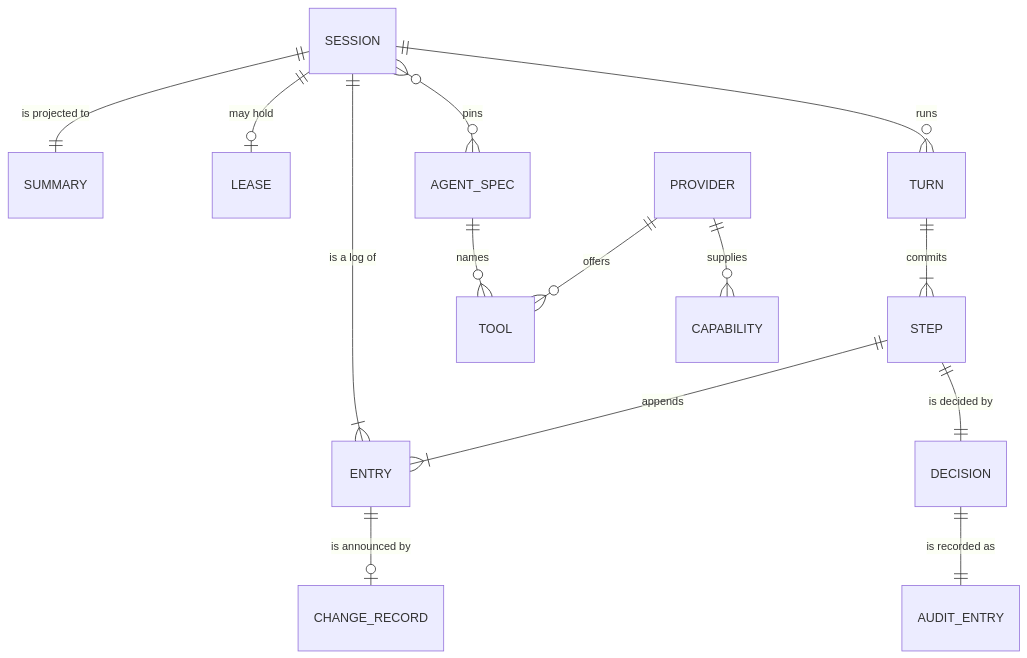
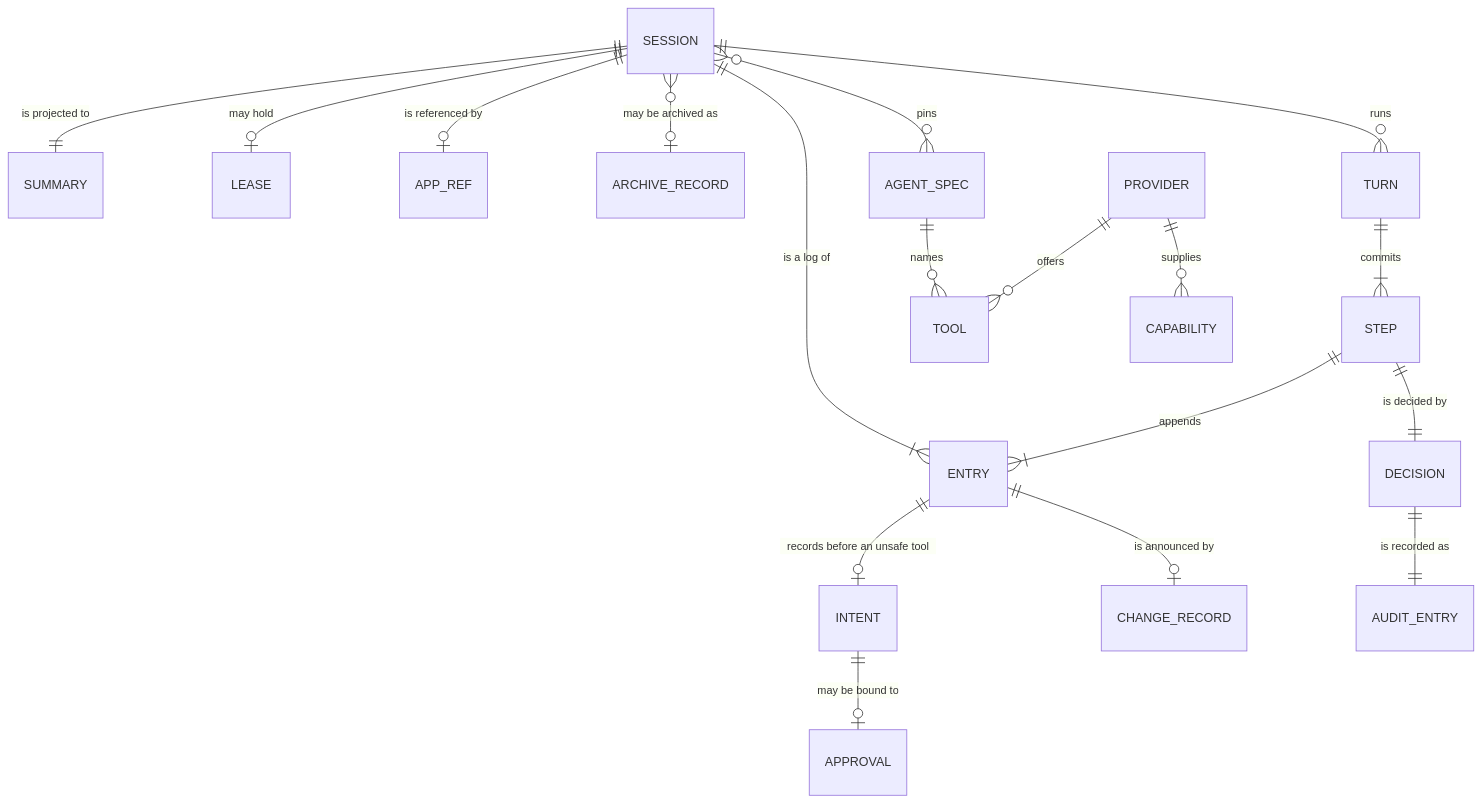
The first of 2 diagrams in docs/helix/02-design/solution-designs/SD-001-tether-library-design-and-build-plan.md (DocumentDrivenDX/tether), drawn with Mermaid before and after one commit. The commit also changed other lines of this file, not shown here.

Commit message:
SD-001: storage components, intent and approval, Databricks and reconcile slices

````diff
--- a/docs/helix/02-design/solution-designs/SD-001-tether-library-design-and-build-plan.md
+++ b/docs/helix/02-design/solution-designs/SD-001-tether-library-design-and-build-plan.md
@@ -108,16 +128,20 @@
 ```mermaid
 erDiagram
     SESSION ||--|{ ENTRY : "is a log of"
     SESSION ||--|| SUMMARY : "is projected to"
     SESSION ||--o| LEASE : "may hold"
+    SESSION ||--o| APP_REF : "is referenced by"
+    SESSION }o--o| ARCHIVE_RECORD : "may be archived as"
+    ENTRY ||--o| INTENT : "records before an unsafe tool"
+    INTENT ||--o| APPROVAL : "may be bound to"
     SESSION ||--o{ TURN : "runs"
     TURN ||--|{ STEP : "commits"
     STEP ||--|{ ENTRY : "appends"
     ENTRY ||--o| CHANGE_RECORD : "is announced by"
     SESSION }o--o{ AGENT_SPEC : "pins"
     AGENT_SPEC ||--o{ TOOL : "names"
     PROVIDER ||--o{ TOOL : "offers"
     PROVIDER ||--o{ CAPABILITY : "supplies"
     STEP ||--|| DECISION : "is decided by"
     DECISION ||--|| AUDIT_ENTRY : "is recorded as"
 ```
````
